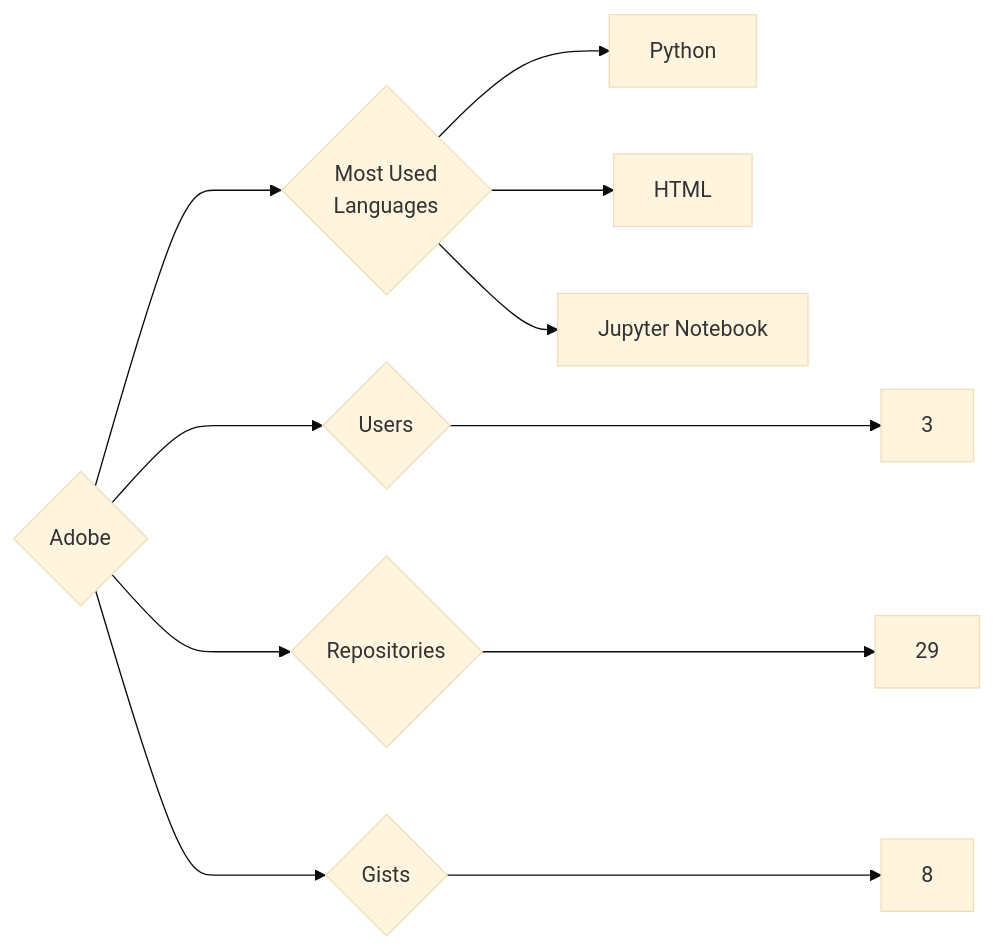
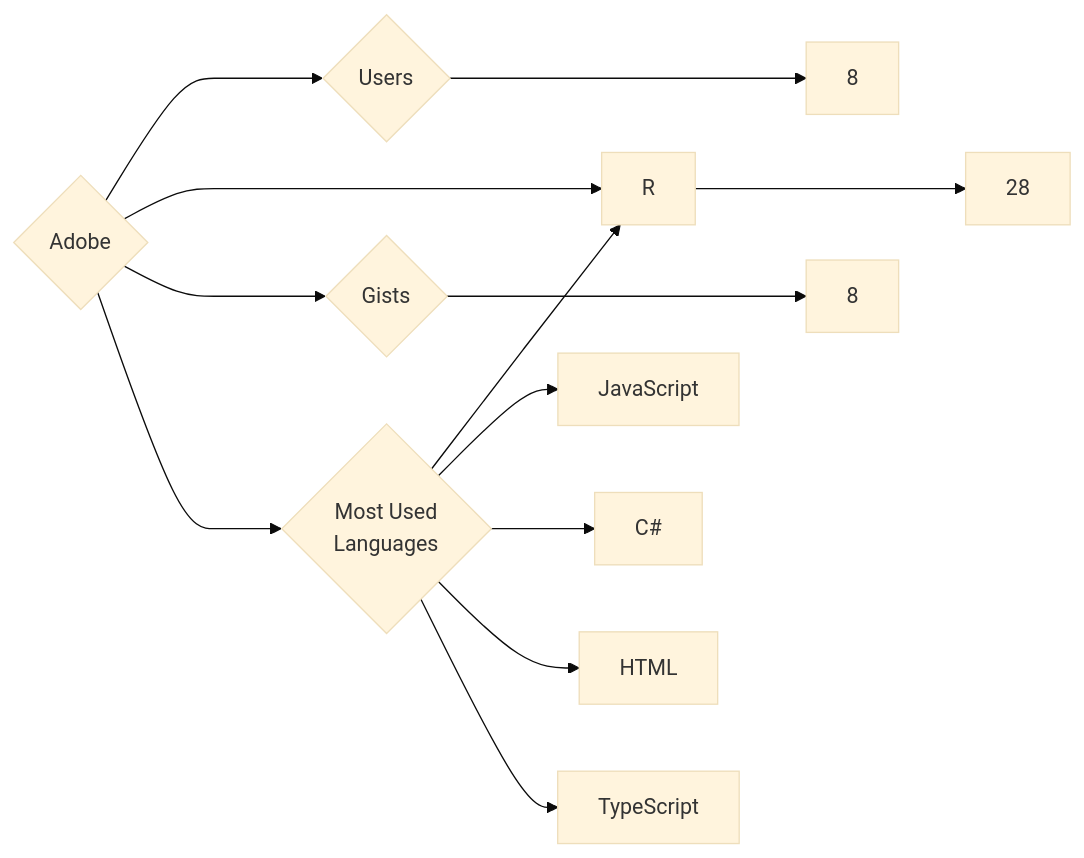
One commit to trickest/insiders changed the diagram in targets/Adobe/README.md. Above: the diagram before and after it, drawn with Mermaid (base theme). The commit also changed 938 other files, not shown here.

````diff
--- a/targets/Adobe/README.md
+++ b/targets/Adobe/README.md
@@ -3,11 +3,13 @@
 ```mermaid
 graph LR
 COMPANY_NAME{Adobe}
-COMPANY_NAME ---> U{Users} ---> UN[3]
-COMPANY_NAME ---> R{Repositories} ---> RN[29]
+COMPANY_NAME ---> U{Users} ---> UN[8]
+COMPANY_NAME ---> R{Repositories} ---> RN[28]
 COMPANY_NAME ---> G{Gists} ---> GN[8]
 COMPANY_NAME ---> ML{Most Used<br>Languages}
-ML --> Python[Python]
+ML --> R[R]
+ML --> JavaScript[JavaScript]
+ML --> C#[C#]
 ML --> HTML[HTML]
-ML --> Jupyter_Notebook[Jupyter Notebook]
+ML --> TypeScript[TypeScript]
 ```
````
